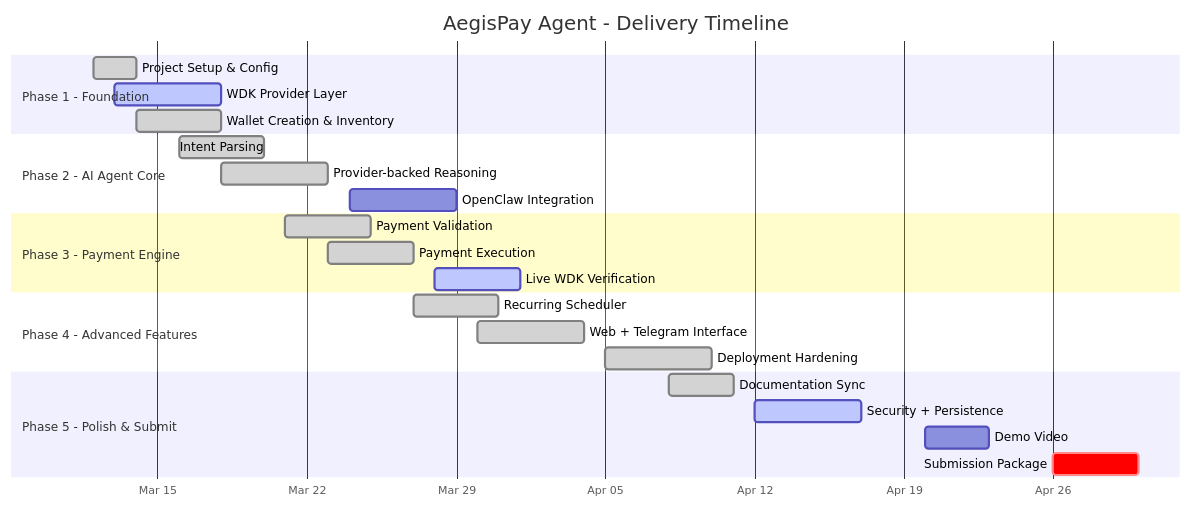
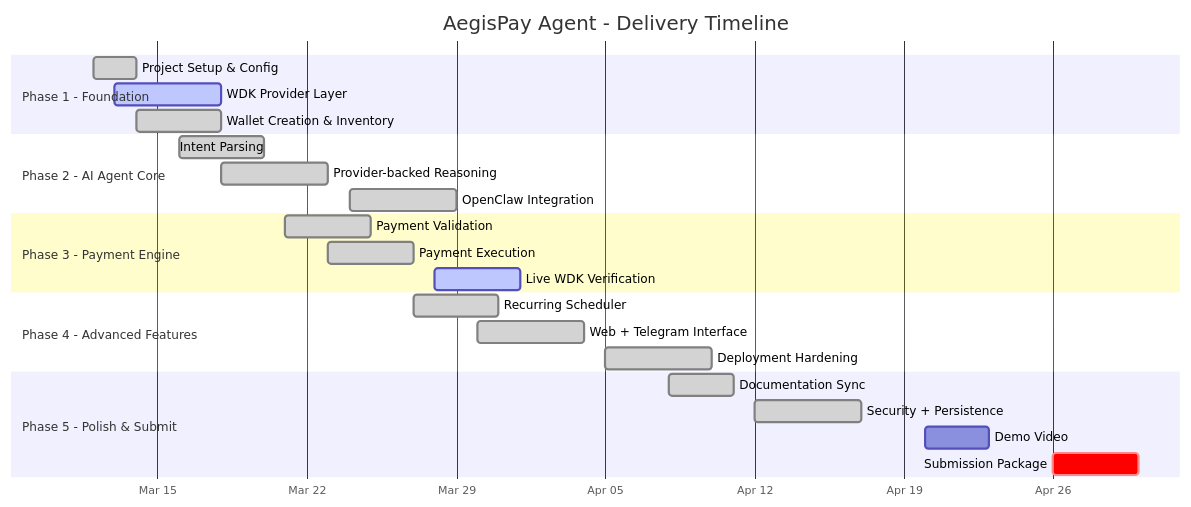
The diagram in ROADMAP.md (panzauto46-bot/AegisPay-Agent), drawn with Mermaid before and after one commit. The commit also changed other lines of this file and 20 other files, not shown here.

````diff
--- a/ROADMAP.md
+++ b/ROADMAP.md
@@ -25,32 +25,32 @@
 ```mermaid
 gantt
     title AegisPay Agent - Delivery Timeline
     dateFormat  YYYY-MM-DD
     axisFormat  %b %d
 
     section Phase 1 - Foundation
     Project Setup & Config         :done,   p1a, 2026-03-12, 2d
     WDK Provider Layer             :active, p1b, 2026-03-13, 5d
     Wallet Creation & Inventory    :done,   p1c, 2026-03-14, 4d
 
     section Phase 2 - AI Agent Core
     Intent Parsing                 :done,   p2a, 2026-03-16, 4d
     Provider-backed Reasoning      :done,   p2b, 2026-03-18, 5d
-    OpenClaw Integration           :        p2c, 2026-03-24, 5d
+    OpenClaw Integration           :done,   p2c, 2026-03-24, 5d
 
     section Phase 3 - Payment Engine
     Payment Validation             :done,   p3a, 2026-03-21, 4d
     Payment Execution              :done,   p3b, 2026-03-23, 4d
     Live WDK Verification          :active, p3c, 2026-03-28, 4d
 
     section Phase 4 - Advanced Features
     Recurring Scheduler            :done,   p4a, 2026-03-27, 4d
     Web + Telegram Interface       :done,   p4b, 2026-03-30, 5d
     Deployment Hardening           :done,   p4c, 2026-04-05, 5d
 
     section Phase 5 - Polish & Submit
     Documentation Sync             :done,   p5a, 2026-04-08, 3d
-    Security + Persistence         :active, p5b, 2026-04-12, 5d
+    Security + Persistence         :done,   p5b, 2026-04-12, 5d
     Demo Video                     :        p5c, 2026-04-20, 3d
     Submission Package             :crit,   p5d, 2026-04-26, 4d
 ```
````
